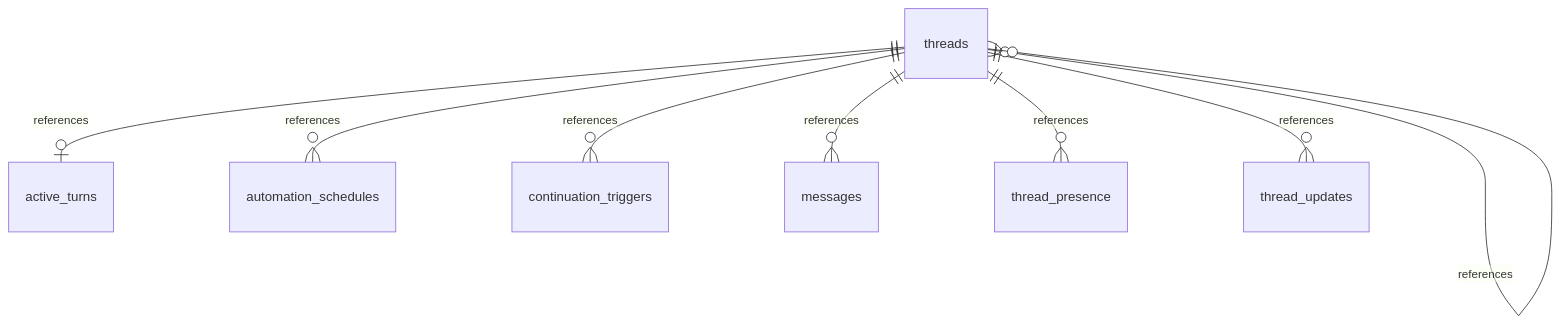
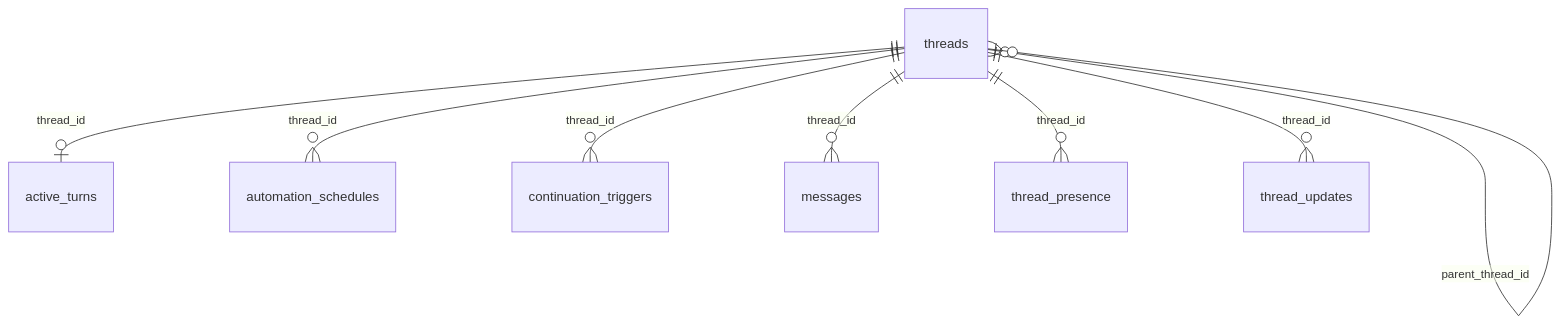
Before and after one commit to cebertowicz/corsia: the diagram in docs/reference/data-model/threads-and-messages.md, drawn with Mermaid. The commit also changed 10 other files, not shown here.

````diff
--- a/docs/reference/data-model/threads-and-messages.md
+++ b/docs/reference/data-model/threads-and-messages.md
@@ -7,11 +7,11 @@
 ```mermaid
 erDiagram
-    threads ||--o| active_turns : references
-    threads ||--o{ automation_schedules : references
-    threads ||--o{ continuation_triggers : references
-    threads ||--o{ messages : references
-    threads ||--o{ thread_presence : references
-    threads ||--o{ thread_updates : references
-    threads o|--o{ threads : references
-    threads o|--o{ threads : references
+    threads ||--o| active_turns : thread_id
+    threads ||--o{ automation_schedules : thread_id
+    threads ||--o{ continuation_triggers : thread_id
+    threads ||--o{ messages : thread_id
+    threads ||--o{ thread_presence : thread_id
+    threads ||--o{ thread_updates : thread_id
+    threads o|--o{ threads : spawned_by
+    threads o|--o{ threads : parent_thread_id
 ```
````
